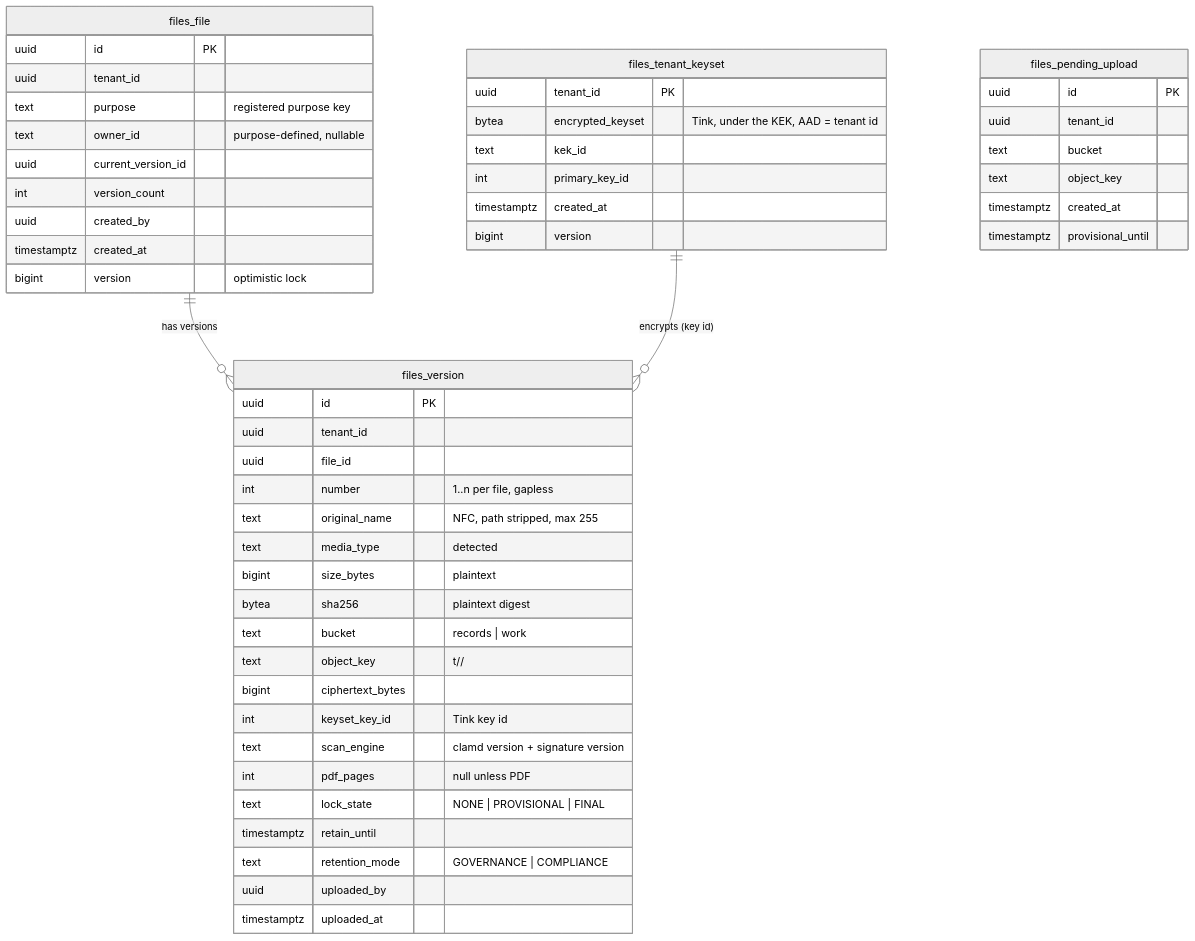
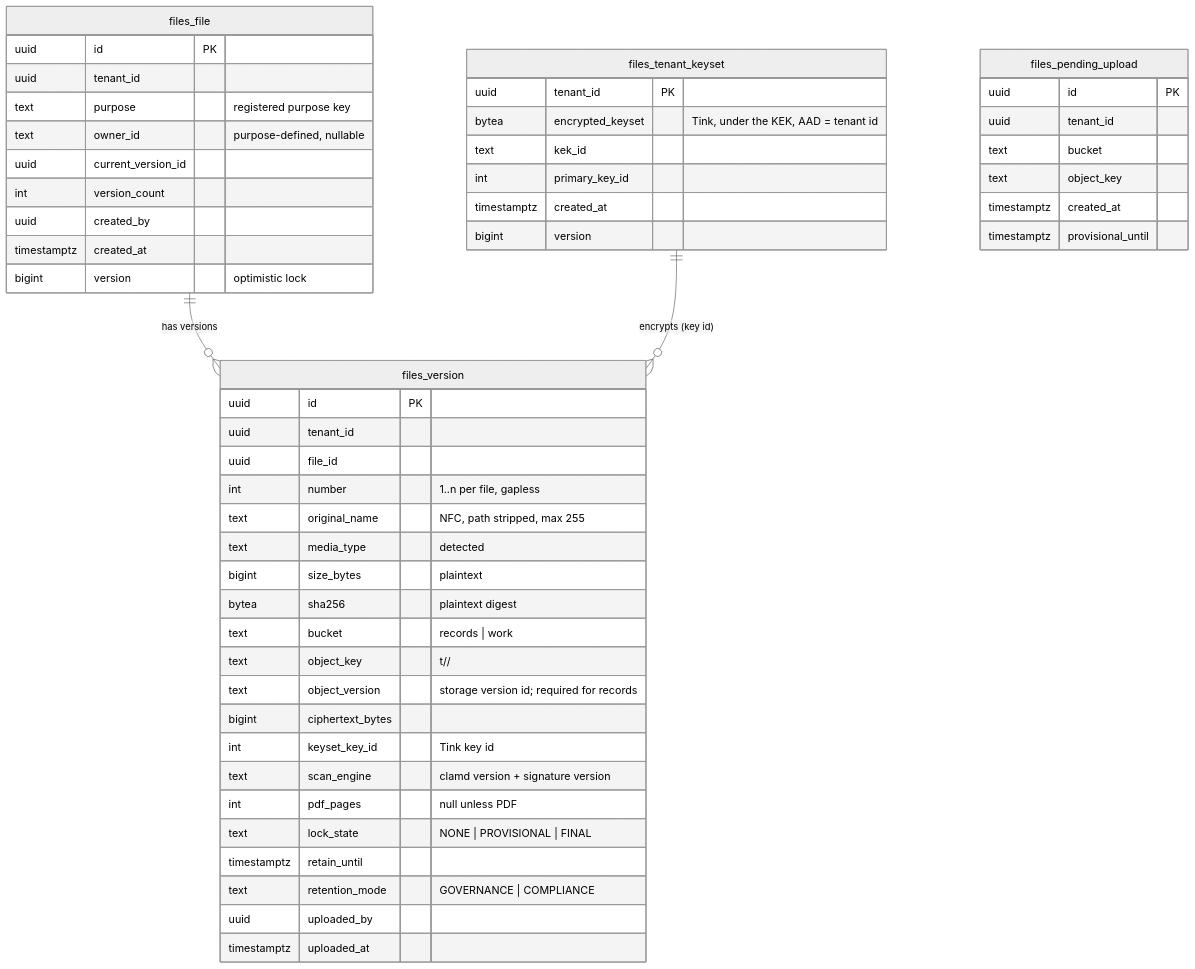
The second of 3 diagrams in docs/plan/phase-1a-minimum-core/epic-05-files/design.md (nazihar/memo-revamp), drawn with Mermaid (neutral theme) before and after one commit. The commit also changed other lines of this file and 21 other files, not shown here.

````diff
--- a/docs/plan/phase-1a-minimum-core/epic-05-files/design.md
+++ b/docs/plan/phase-1a-minimum-core/epic-05-files/design.md
@@ -30,53 +30,54 @@
 ```mermaid
 erDiagram
   files_file ||--o{ files_version : "has versions"
   files_tenant_keyset ||--o{ files_version : "encrypts (key id)"
   files_file {
     uuid id PK
     uuid tenant_id
     text purpose "registered purpose key"
     text owner_id "purpose-defined, nullable"
     uuid current_version_id
     int version_count
     uuid created_by
     timestamptz created_at
     bigint version "optimistic lock"
   }
   files_version {
     uuid id PK
     uuid tenant_id
     uuid file_id
     int number "1..n per file, gapless"
     text original_name "NFC, path stripped, max 255"
     text media_type "detected"
     bigint size_bytes "plaintext"
     bytea sha256 "plaintext digest"
     text bucket "records | work"
     text object_key "t/<tenant>/<random>"
+    text object_version "storage version id; required for records"
     bigint ciphertext_bytes
     int keyset_key_id "Tink key id"
     text scan_engine "clamd version + signature version"
     int pdf_pages "null unless PDF"
     text lock_state "NONE | PROVISIONAL | FINAL"
     timestamptz retain_until
     text retention_mode "GOVERNANCE | COMPLIANCE"
     uuid uploaded_by
     timestamptz uploaded_at
   }
   files_pending_upload {
     uuid id PK
     uuid tenant_id
     text bucket
     text object_key
     timestamptz created_at
     timestamptz provisional_until
   }
   files_tenant_keyset {
     uuid tenant_id PK
     bytea encrypted_keyset "Tink, under the KEK, AAD = tenant id"
     text kek_id
     int primary_key_id
     timestamptz created_at
     bigint version
   }
 ```
````
